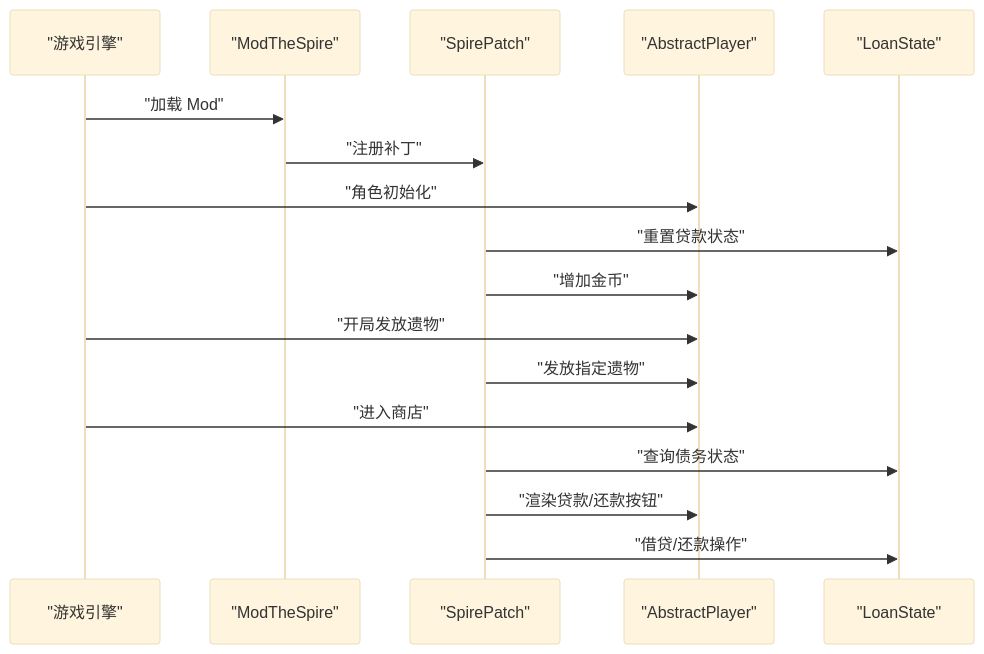
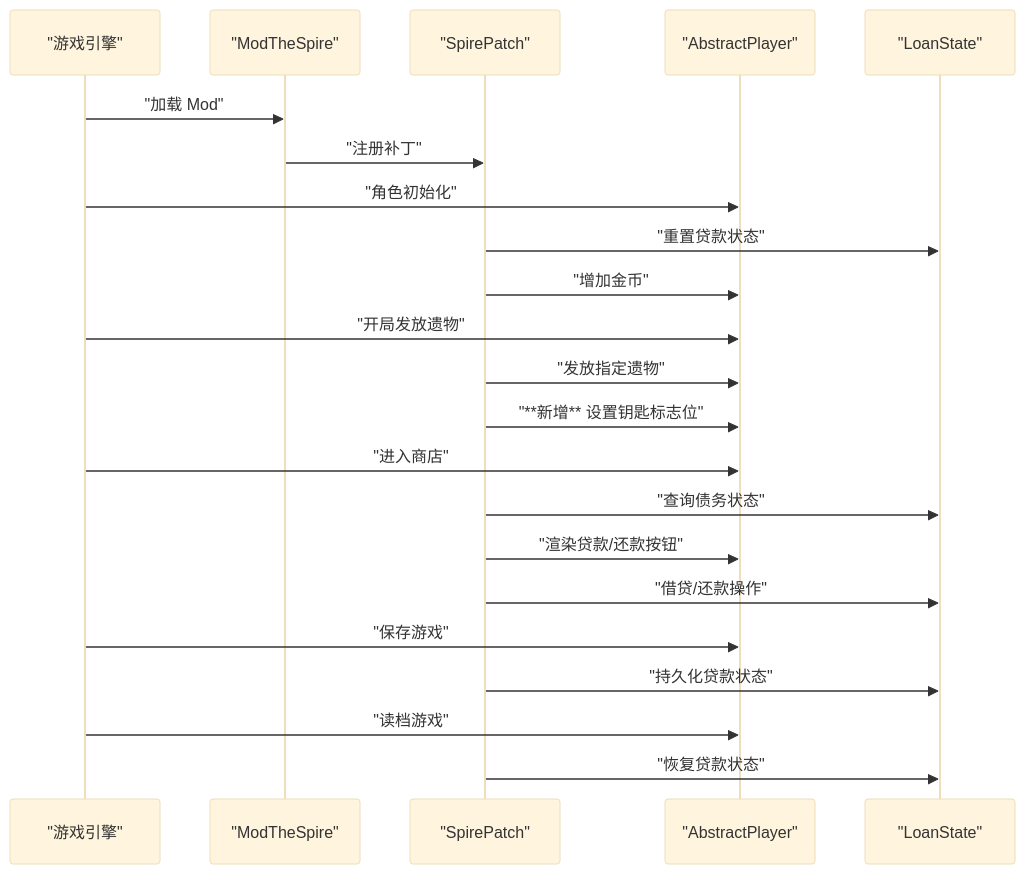
The fourth of 12 diagrams in .qoder/repowiki/zh/content/技术架构/技术架构.md (StephenZhuang/SpireMod), drawn with Mermaid (base theme) before and after one commit. The commit also changed other lines of this file and 35 other files, not shown here.

````diff
--- a/.qoder/repowiki/zh/content/技术架构/技术架构.md
+++ b/.qoder/repowiki/zh/content/技术架构/技术架构.md
@@ -202,19 +219,24 @@
 ```mermaid
 sequenceDiagram
 participant Game as "游戏引擎"
 participant MTS as "ModTheSpire"
 participant Patch as "SpirePatch"
 participant Player as "AbstractPlayer"
 participant State as "LoanState"
 Game->>MTS : "加载 Mod"
 MTS->>Patch : "注册补丁"
 Game->>Player : "角色初始化"
 Patch->>State : "重置贷款状态"
 Patch->>Player : "增加金币"
 Game->>Player : "开局发放遗物"
 Patch->>Player : "发放指定遗物"
+Patch->>Player : "**新增** 设置钥匙标志位"
 Game->>Player : "进入商店"
 Patch->>State : "查询债务状态"
 Patch->>Player : "渲染贷款/还款按钮"
 Patch->>State : "借贷/还款操作"
+Game->>Player : "保存游戏"
+Patch->>State : "持久化贷款状态"
+Game->>Player : "读档游戏"
+Patch->>State : "恢复贷款状态"
 ```
````
